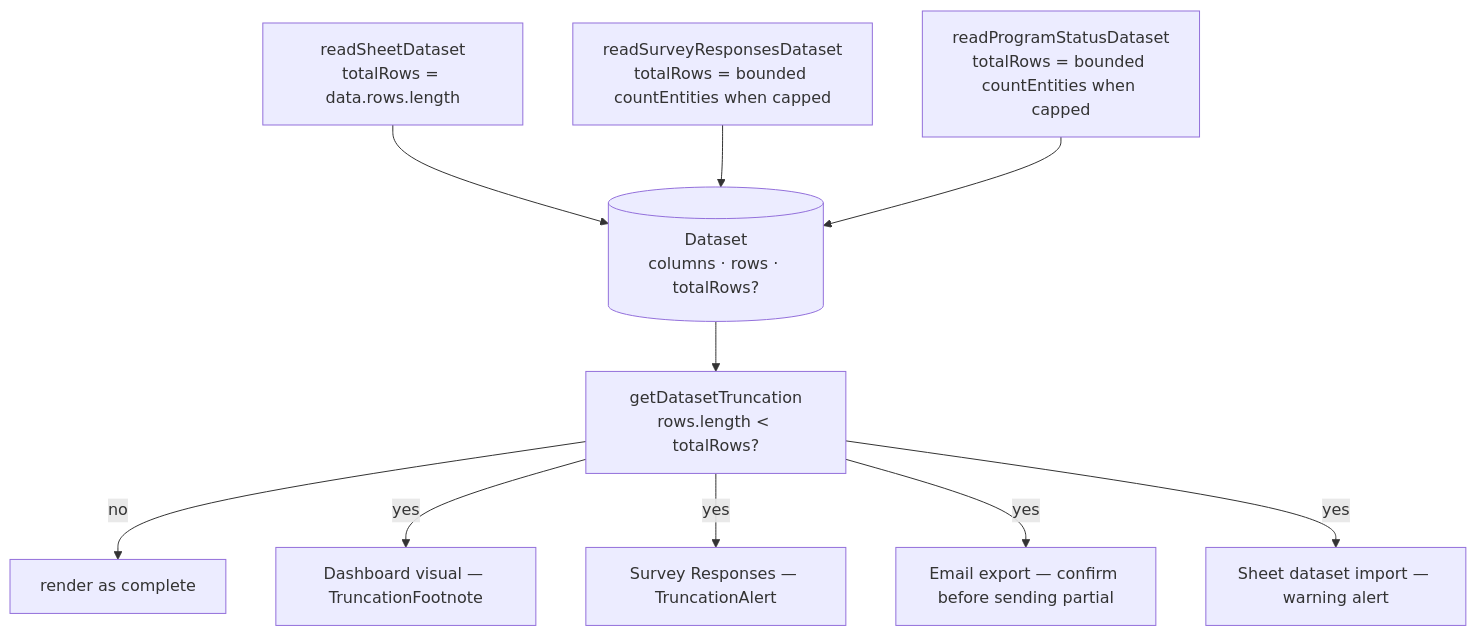
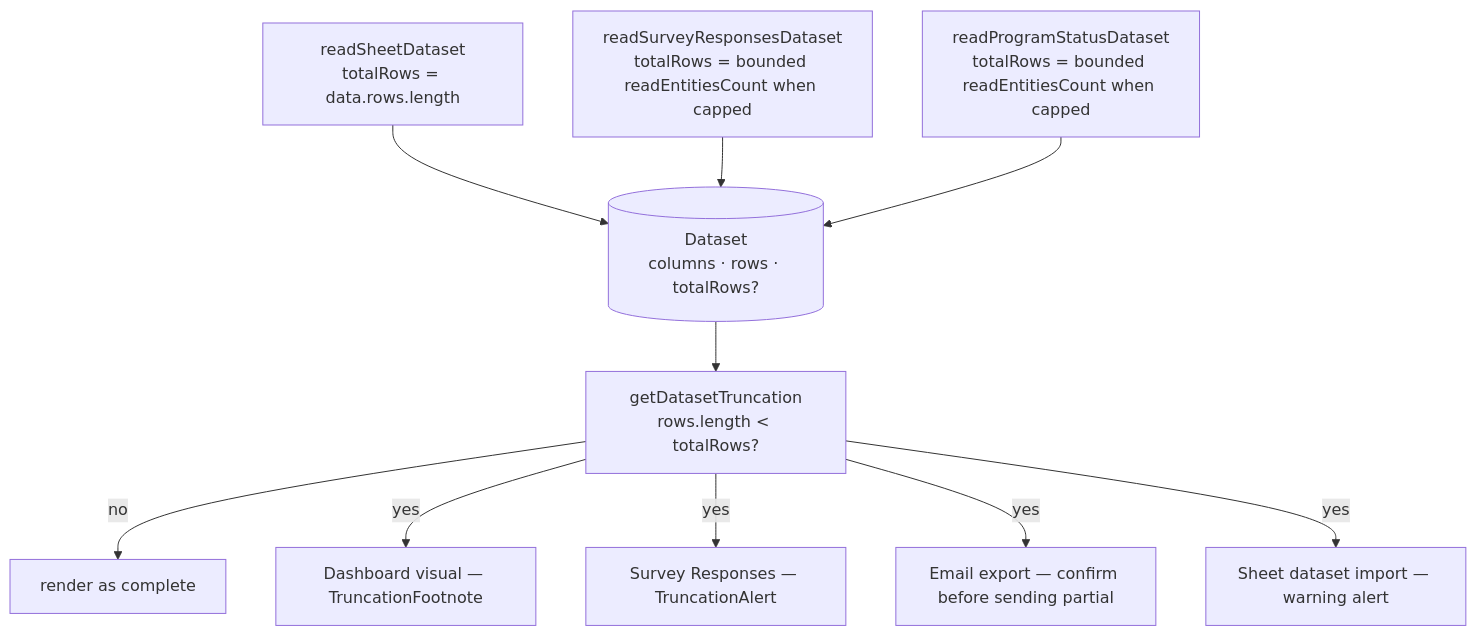
One commit to Esposter/Esposter changed the diagram in packages/app/content/docs/platform/dataset-row-cap-warning.md. Above: the diagram before and after it, drawn with Mermaid. The commit also changed other lines of this file and 3 other files, not shown here.

````diff
--- a/packages/app/content/docs/platform/dataset-row-cap-warning.md
+++ b/packages/app/content/docs/platform/dataset-row-cap-warning.md
@@ -16,12 +16,12 @@
 ```mermaid
 flowchart TD
   SHEET["readSheetDataset<br/>totalRows = data.rows.length"] --> DS[("Dataset<br/>columns · rows · totalRows?")]
-  SURVEY["readSurveyResponsesDataset<br/>totalRows = bounded countEntities when capped"] --> DS
-  PROGRAM["readProgramStatusDataset<br/>totalRows = bounded countEntities when capped"] --> DS
+  SURVEY["readSurveyResponsesDataset<br/>totalRows = bounded readEntitiesCount when capped"] --> DS
+  PROGRAM["readProgramStatusDataset<br/>totalRows = bounded readEntitiesCount when capped"] --> DS
   DS --> CHECK["getDatasetTruncation<br/>rows.length < totalRows?"]
   CHECK -->|"no"| SILENT["render as complete"]
   CHECK -->|"yes"| FOOT["Dashboard visual — TruncationFootnote"]
   CHECK -->|"yes"| BANNER["Survey Responses — TruncationAlert"]
   CHECK -->|"yes"| CONFIRM["Email export — confirm before sending partial"]
   CHECK -->|"yes"| IMPORT["Sheet dataset import — warning alert"]
 ```
````
